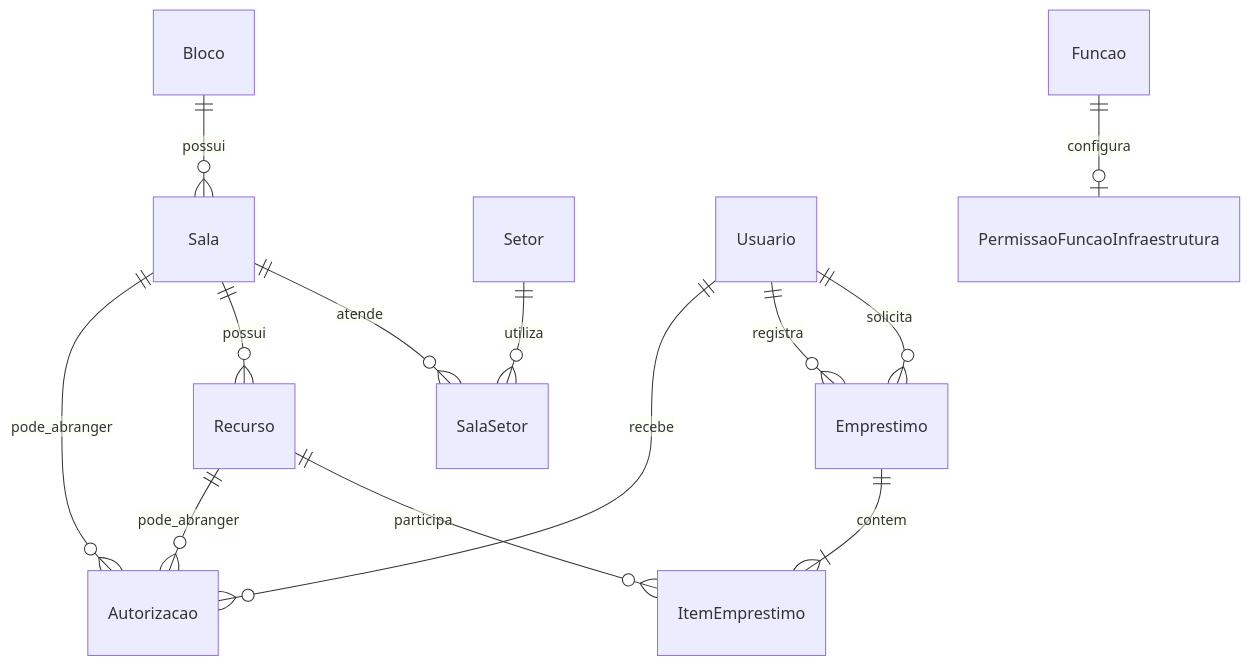
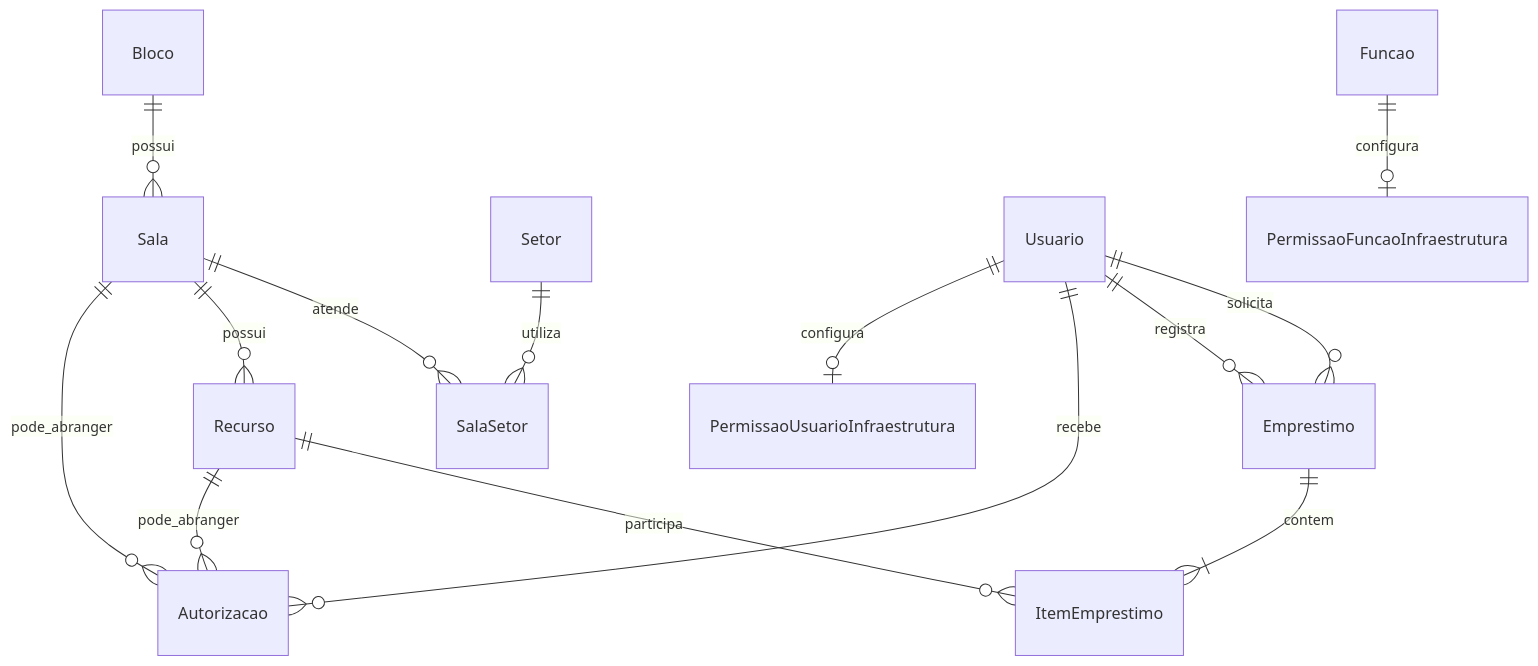
One commit to soareslucas9090/cortex-platform changed the diagram in docs/schema/infraestrutura.md. Above: the diagram before and after it, drawn with Mermaid. The commit also changed other lines of this file and 10 other files, not shown here.

````diff
--- a/docs/schema/infraestrutura.md
+++ b/docs/schema/infraestrutura.md
@@ -96,15 +99,16 @@
 ```mermaid
 erDiagram
     Bloco ||--o{ Sala : possui
     Sala ||--o{ SalaSetor : atende
     Setor ||--o{ SalaSetor : utiliza
     Sala ||--o{ Recurso : possui
     Usuario ||--o{ Emprestimo : solicita
     Usuario ||--o{ Emprestimo : registra
     Emprestimo ||--|{ ItemEmprestimo : contem
     Recurso ||--o{ ItemEmprestimo : participa
     Usuario ||--o{ Autorizacao : recebe
     Sala ||--o{ Autorizacao : pode_abranger
     Recurso ||--o{ Autorizacao : pode_abranger
     Funcao ||--o| PermissaoFuncaoInfraestrutura : configura
+    Usuario ||--o| PermissaoUsuarioInfraestrutura : configura
 ```
````
